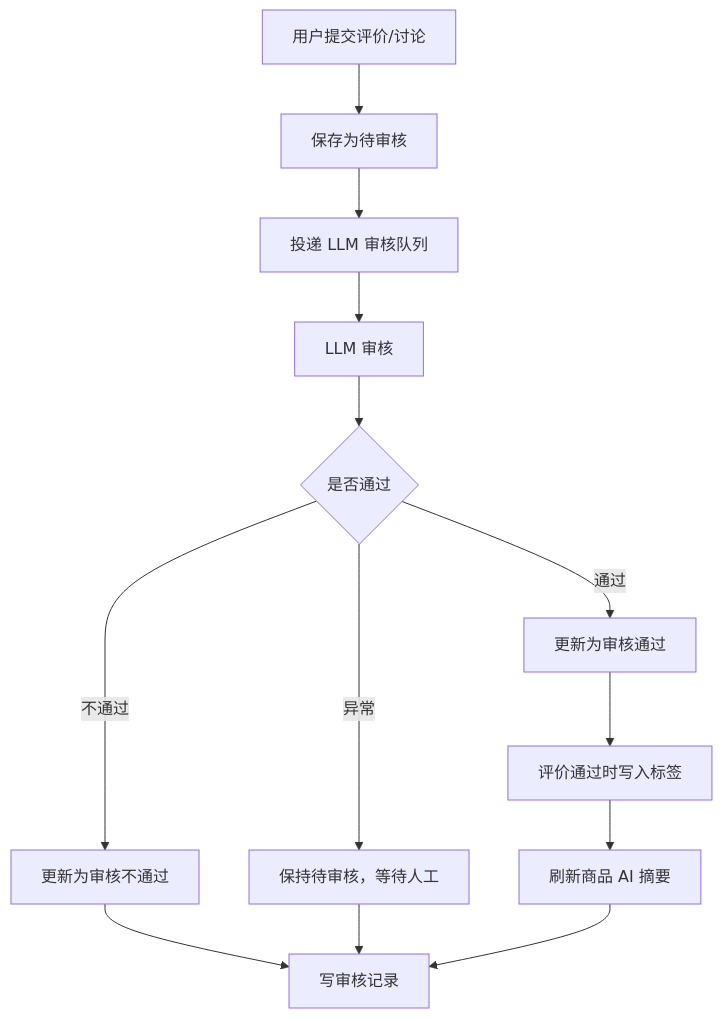
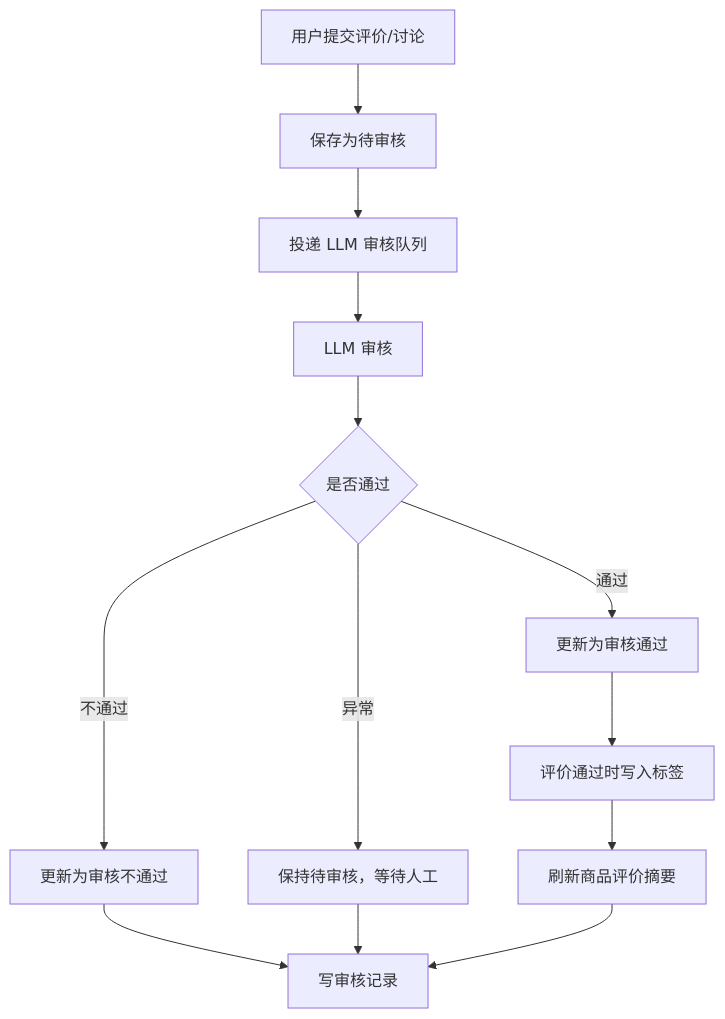
Before and after one commit to liujitcn/shop: the first of 2 diagrams in docs/评价与审核数据流转设计.md, drawn with Mermaid. The commit also changed other lines of this file and 193 other files, not shown here.

````diff
--- a/docs/评价与审核数据流转设计.md
+++ b/docs/评价与审核数据流转设计.md
@@ -48,15 +48,15 @@
 ```mermaid
 flowchart TD
   User["用户提交评价/讨论"] --> Save["保存为待审核"]
   Save --> Queue["投递 LLM 审核队列"]
   Queue --> LLM["LLM 审核"]
   LLM --> Pass{"是否通过"}
   Pass -->|通过| Approve["更新为审核通过"]
   Pass -->|不通过| Reject["更新为审核不通过"]
   Pass -->|异常| Pending["保持待审核，等待人工"]
   Approve --> Tags["评价通过时写入标签"]
-  Tags --> Summary["刷新商品 AI 摘要"]
+  Tags --> Summary["刷新商品评价摘要"]
   Reject --> ReviewLog["写审核记录"]
   Pending --> ReviewLog
   Summary --> ReviewLog
 ```
````
